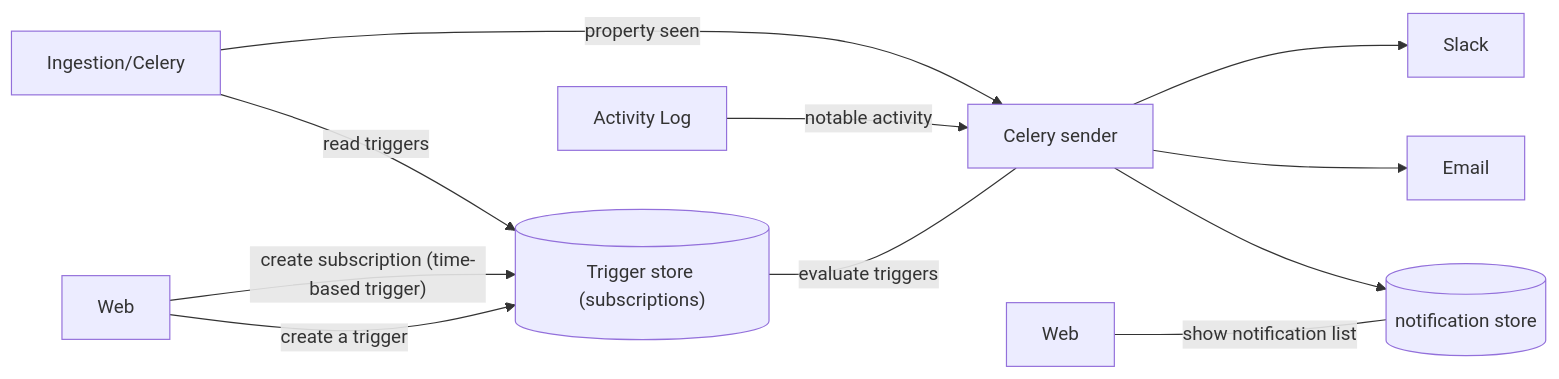
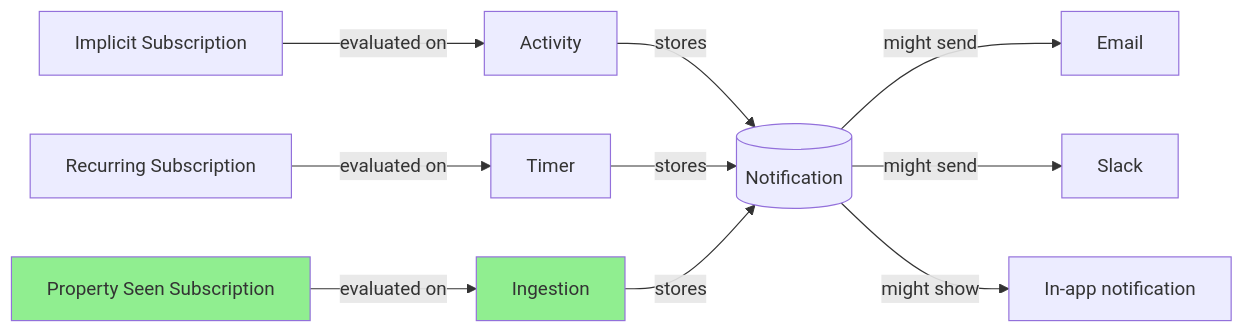
Before and after one commit to PostHog/meta: the third of 3 diagrams in requests-for-comments/2022-09-08-notifications.md, drawn with Mermaid. The commit also changed other lines of this file, not shown here.

Commit message:
break the diagram into steps

````diff
--- a/requests-for-comments/2022-09-08-notifications.md
+++ b/requests-for-comments/2022-09-08-notifications.md
@@ -49,13 +96,14 @@
 ```mermaid
 graph LR
-    A[Ingestion/Celery] -->|property seen| CS
-    A -->|read triggers| N
-    W-->|"create subscription (time-based trigger)"|N[("Trigger store (subscriptions)")]
-    W[Web] -->|create a trigger| N
-    Ac[Activity Log] -->|notable activity|CS
-    N ---|evaluate triggers| CS[Celery sender]
-    CS-->Slack
-    CS-->Email
-    Web ---|show notification list| NS
-    CS -->NS[(notification store)]
+    PS[Property Seen Subscription]-->|evaluated on|Ingestion
+    style PS fill:#90EE90
+    style Ingestion fill:#90EE90
+    IS[Implicit Subscription]-->|evaluated on|A[Activity]
+    T[Recurring Subscription]-->|evaluated on|C[Timer]
+    A-->|stores|N
+    C-->|stores|N[(Notification)]
+    Ingestion-->|stores|N
+    N-->|might send|Email
+    N-->|might send|Slack
+    N-->|might show|IAN[In-app notification]
 ```
````
